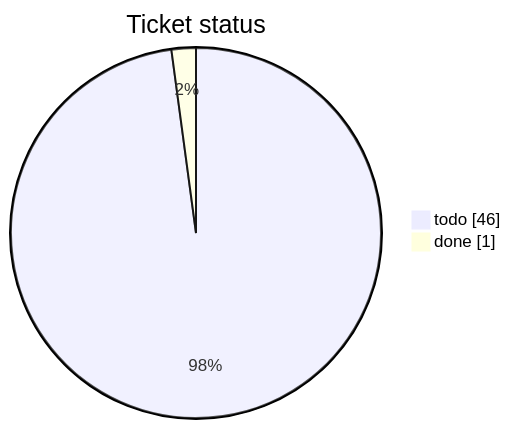
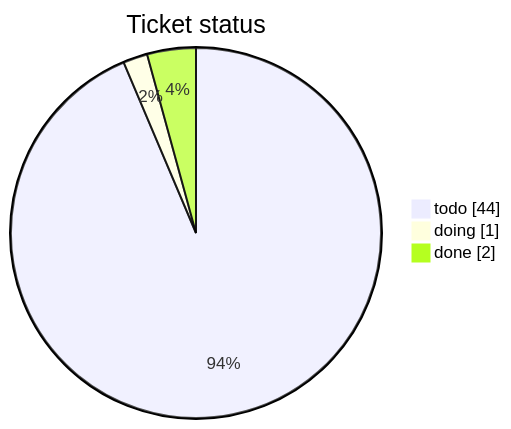
Before and after one commit to mohamed-soubhi/bootlab-esp: the first of 3 diagrams in tickets/TICKETS.md, drawn with Mermaid. The commit also changed other lines of this file and 3 other files, not shown here.

````diff
--- a/tickets/TICKETS.md
+++ b/tickets/TICKETS.md
@@ -10,5 +10,6 @@
 ```mermaid
 pie showData title Ticket status
-    "todo" : 46
-    "done" : 1
+    "todo" : 44
+    "doing" : 1
+    "done" : 2
 ```
````
